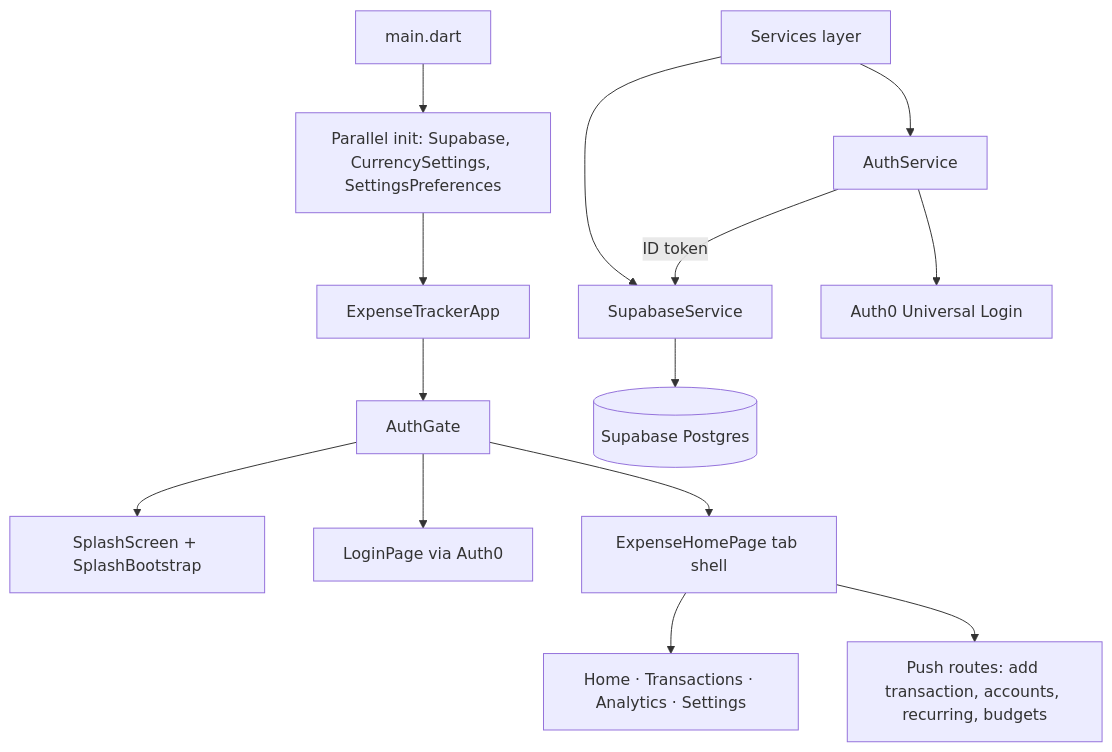
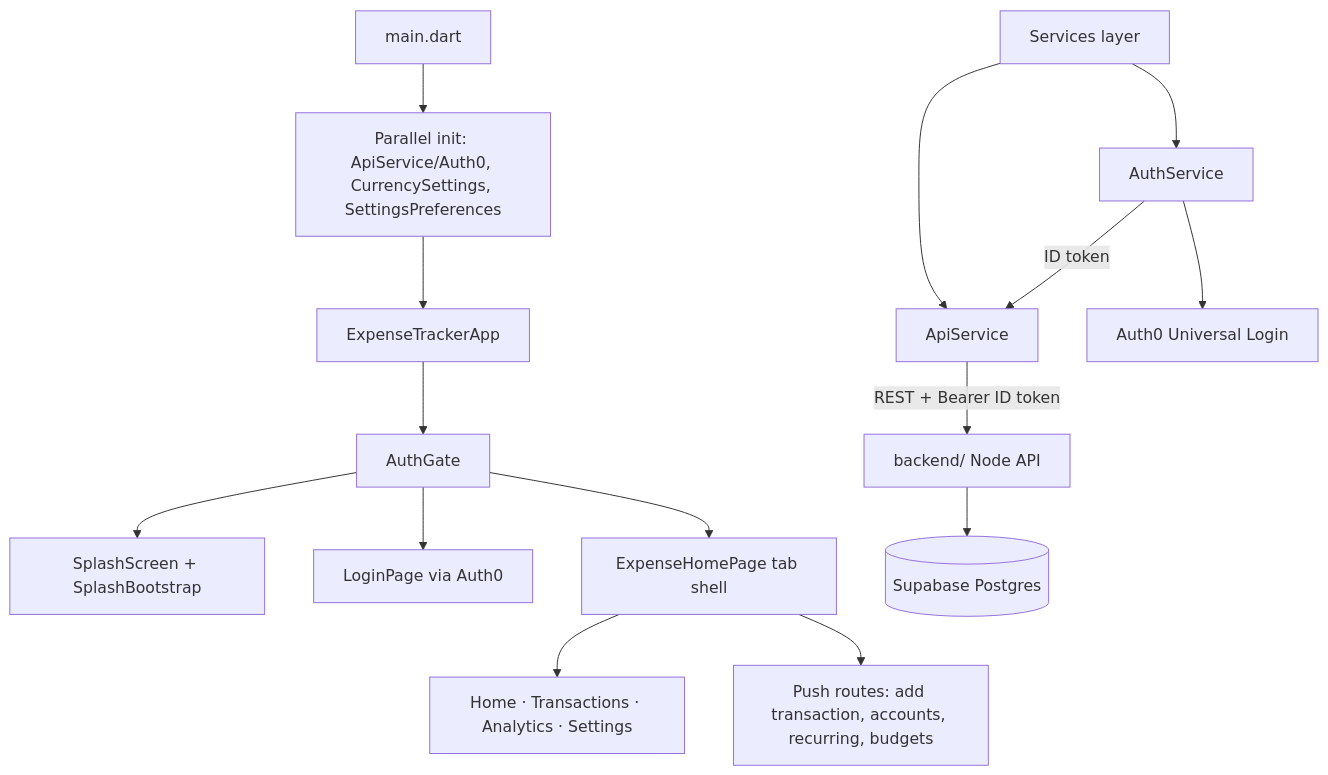
Before and after one commit to shubhamambastha/expense_tracker_app: the diagram in docs/ARCHITECTURE.md, drawn with Mermaid. The commit also changed other lines of this file and 9 other files, not shown here.

First line of the commit message:
docs: document the backend API and log review follow-ups

````diff
--- a/docs/ARCHITECTURE.md
+++ b/docs/ARCHITECTURE.md
@@ -13,16 +13,17 @@
 ```mermaid
 flowchart TD
-  main[main.dart] --> init[Parallel init: Supabase, CurrencySettings, SettingsPreferences]
+  main[main.dart] --> init[Parallel init: ApiService/Auth0, CurrencySettings, SettingsPreferences]
   init --> app[ExpenseTrackerApp]
   app --> gate[AuthGate]
   gate --> splash[SplashScreen + SplashBootstrap]
   gate --> login[LoginPage via Auth0]
   gate --> home[ExpenseHomePage tab shell]
   home --> tabs[Home · Transactions · Analytics · Settings]
   home --> push[Push routes: add transaction, accounts, recurring, budgets]
-  services[Services layer] --> supa[SupabaseService]
+  services[Services layer] --> api[ApiService]
   services --> auth[AuthService]
-  supa --> db[(Supabase Postgres)]
+  api -->|REST + Bearer ID token| node[backend/ Node API]
+  node --> db[(Supabase Postgres)]
   auth --> auth0[Auth0 Universal Login]
-  auth -->|ID token| supa
+  auth -->|ID token| api
 ```
````
